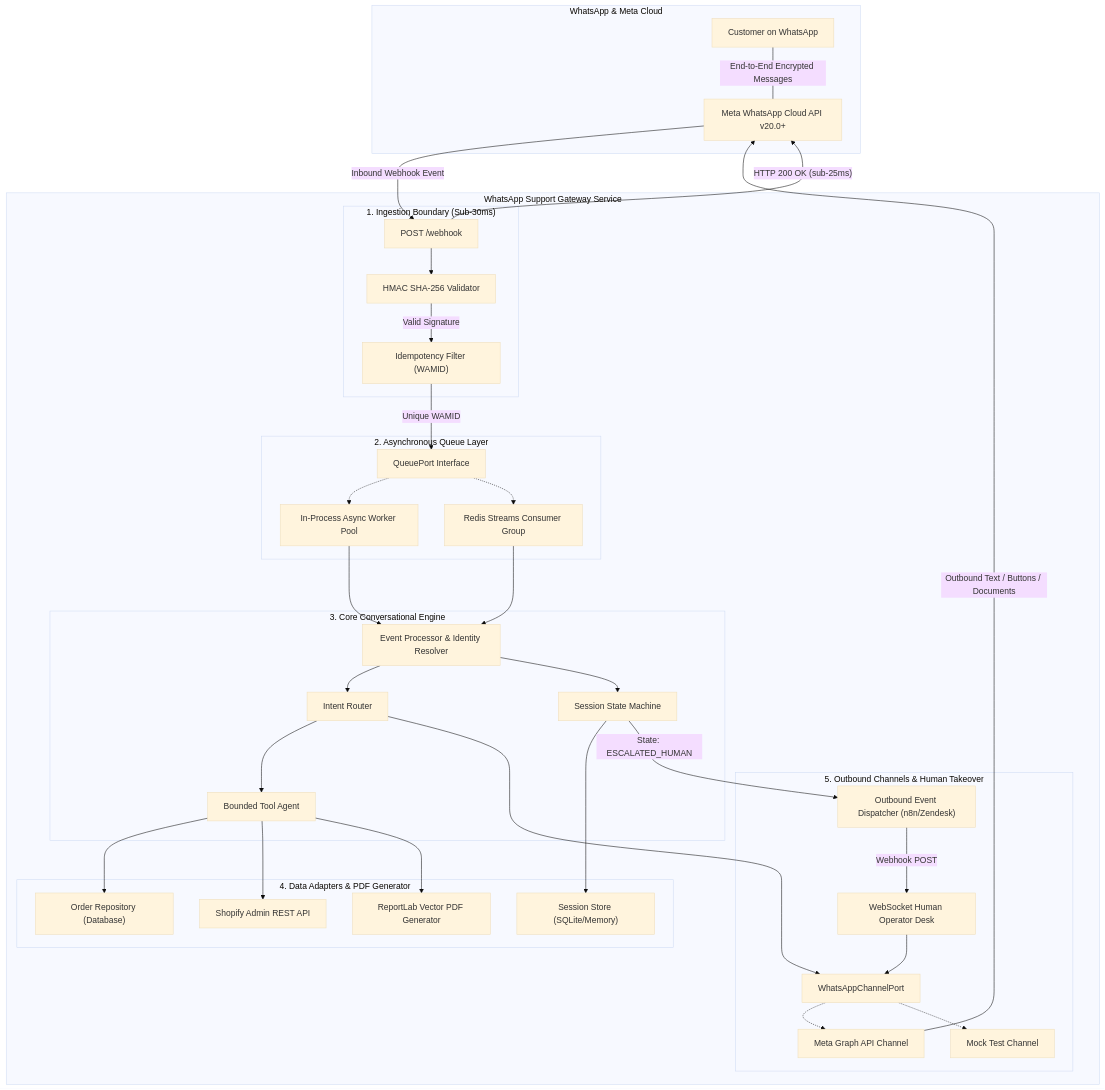
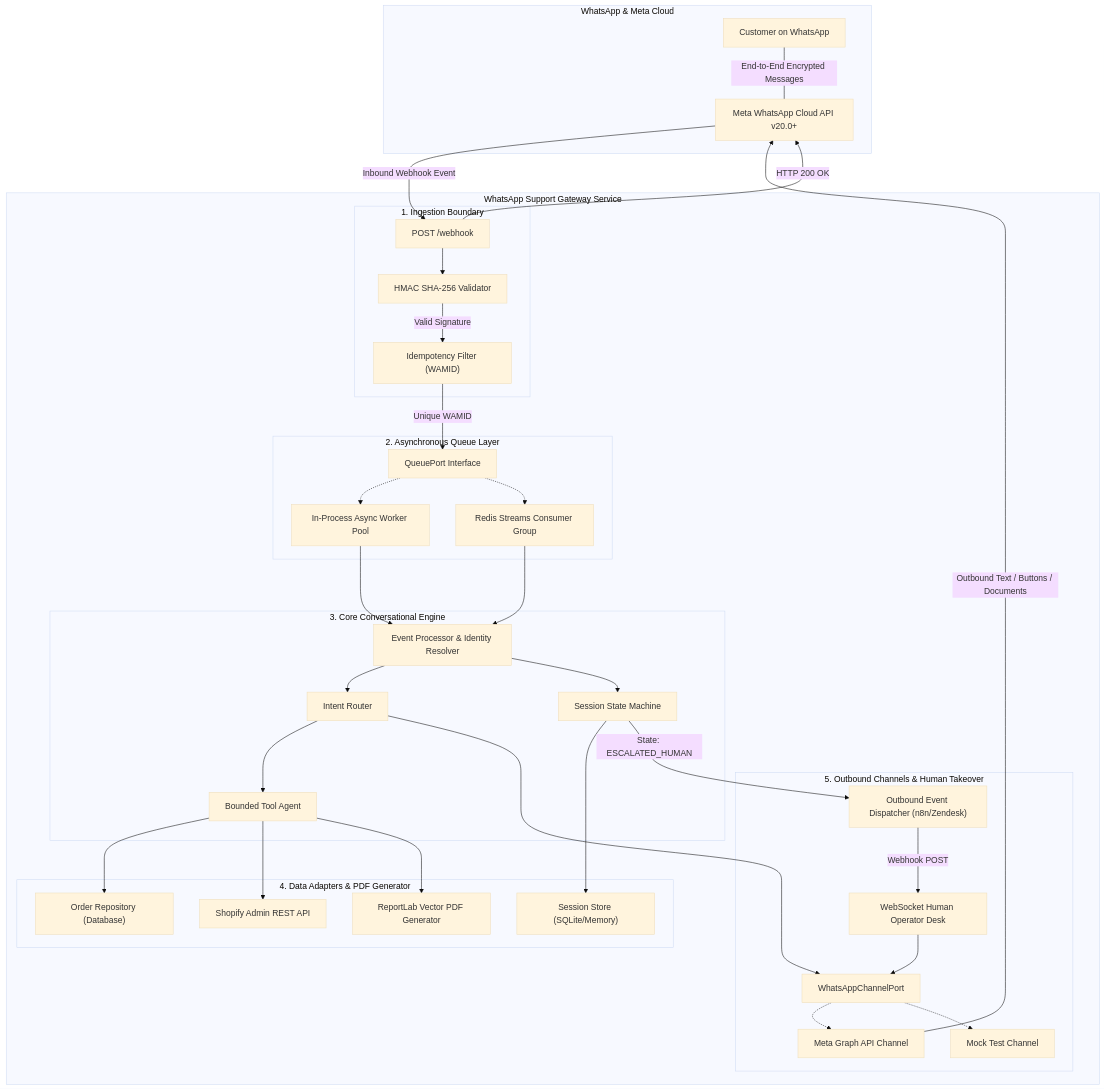
One commit to TayebKahia/whatsapp-support-gateway changed the diagram in README.md. Above: the diagram before and after it, drawn with Mermaid (base theme). The commit also changed other lines of this file and 6 other files, not shown here.

````diff
--- a/README.md
+++ b/README.md
@@ -49,73 +49,73 @@
 ```mermaid
 flowchart TD
     subgraph ClientLayer ["WhatsApp & Meta Cloud"]
         WA["Customer on WhatsApp"]
         MetaAPI["Meta WhatsApp Cloud API v20.0+"]
         WA ---|"End-to-End Encrypted Messages"| MetaAPI
     end
 
     subgraph GatewayCore ["WhatsApp Support Gateway Service"]
-        subgraph IngestionBoundary ["1. Ingestion Boundary (Sub-30ms)"]
+        subgraph IngestionBoundary ["1. Ingestion Boundary"]
             WH["POST /webhook"]
             HMAC["HMAC SHA-256 Validator"]
             Idem["Idempotency Filter (WAMID)"]
         end
 
         subgraph QueueLayer ["2. Asynchronous Queue Layer"]
             QueuePort["QueuePort Interface"]
             InProcQueue["In-Process Async Worker Pool"]
             RedisQueue["Redis Streams Consumer Group"]
         end
 
         subgraph CoreEngine ["3. Core Conversational Engine"]
             Processor["Event Processor & Identity Resolver"]
             Router["Intent Router"]
             SM["Session State Machine"]
             ToolAgent["Bounded Tool Agent"]
         end
 
         subgraph Repositories ["4. Data Adapters & PDF Generator"]
             OrderRepo["Order Repository (Database)"]
             ShopifyAdapter["Shopify Admin REST API"]
             SessionStore["Session Store (SQLite/Memory)"]
             PDFGen["ReportLab Vector PDF Generator"]
         end
 
         subgraph OutboundBoundary ["5. Outbound Channels & Human Takeover"]
             ChannelPort["WhatsAppChannelPort"]
             MetaChannel["Meta Graph API Channel"]
             MockChannel["Mock Test Channel"]
             WSOperator["WebSocket Human Operator Desk"]
             EventWebhook["Outbound Event Dispatcher (n8n/Zendesk)"]
         end
     end
 
     MetaAPI -->|"Inbound Webhook Event"| WH
     WH --> HMAC
     HMAC -->|"Valid Signature"| Idem
     Idem -->|"Unique WAMID"| QueuePort
     QueuePort -.-> InProcQueue
     QueuePort -.-> RedisQueue
-    WH -->|"HTTP 200 OK (sub-25ms)"| MetaAPI
+    WH -->|"HTTP 200 OK"| MetaAPI
 
     InProcQueue --> Processor
     RedisQueue --> Processor
 
     Processor --> Router
     Processor --> SM
     SM --> SessionStore
 
     Router --> ToolAgent
     ToolAgent --> OrderRepo
     ToolAgent --> ShopifyAdapter
     ToolAgent --> PDFGen
 
     Router --> ChannelPort
     ChannelPort -.-> MetaChannel
     ChannelPort -.-> MockChannel
     MetaChannel -->|"Outbound Text / Buttons / Documents"| MetaAPI
 
     SM -->|"State: ESCALATED_HUMAN"| EventWebhook
     EventWebhook -->|"Webhook POST"| WSOperator
     WSOperator --> ChannelPort
 ```
````
